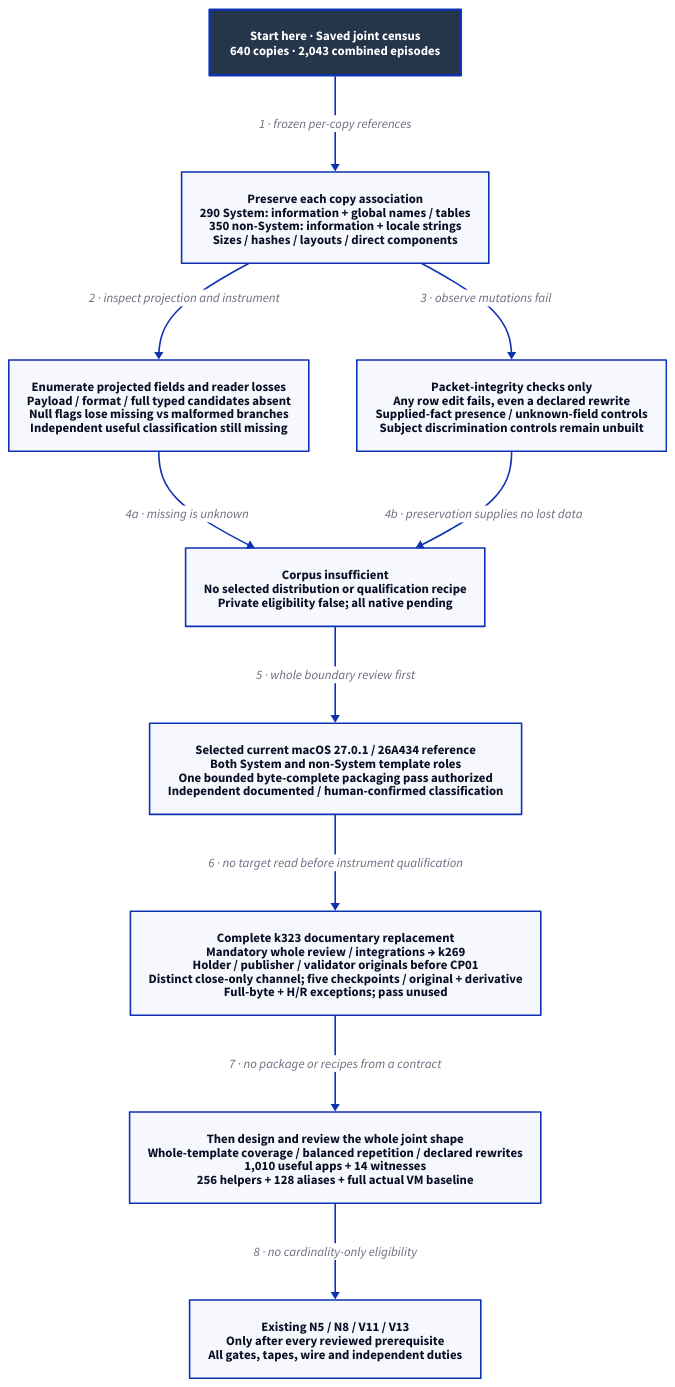
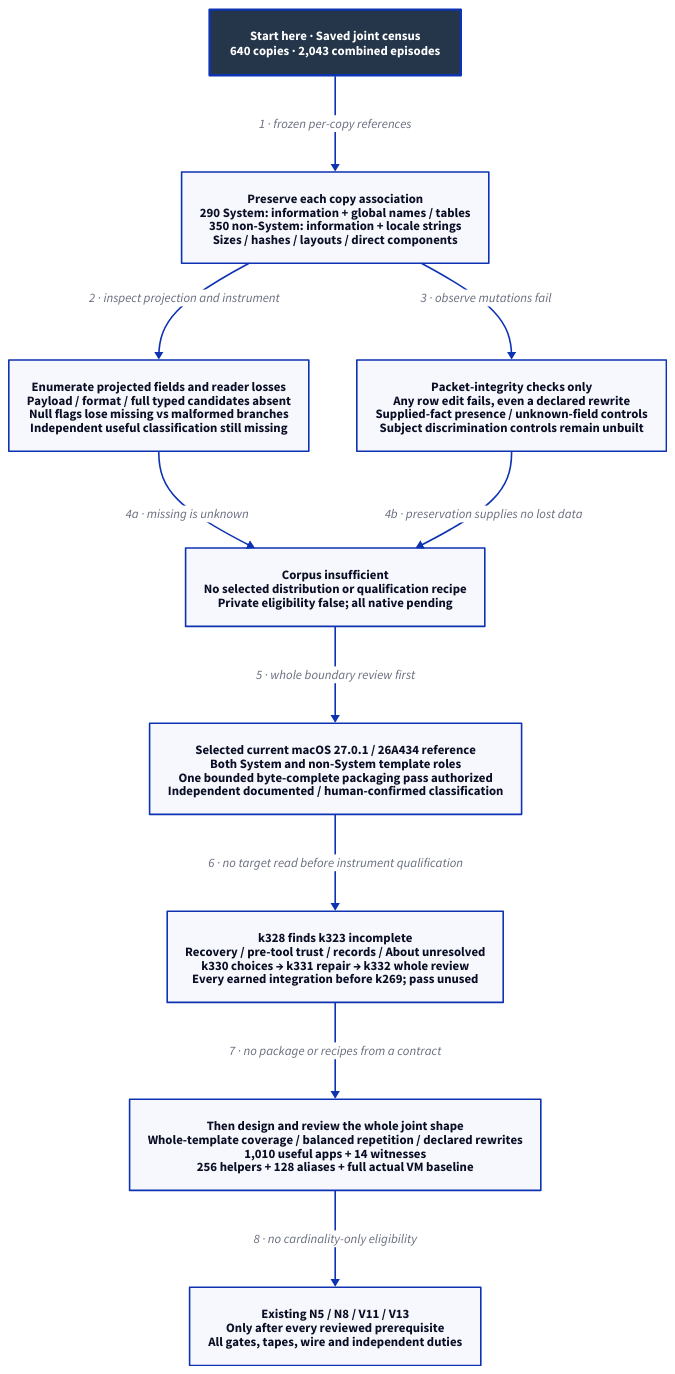
The diagram in docs/design/architecture/native-population-metadata-shape.d2 (Linkuistics/Koine), drawn with D2 before and after one commit. The commit also changed 50 other files, not shown here.

Commit message:
Integrate practical admission review; place recovery decisions and whole replacement before construction (reference-evidence-practical-admission-k329)

```diff
--- a/docs/design/architecture/native-population-metadata-shape.d2
+++ b/docs/design/architecture/native-population-metadata-shape.d2
@@ -1,23 +1,23 @@
-# Historical boundary and selected current-reference requirements; no useful subject or native pass.
+# Reviewed k323 proposal; k330/k331/k332 replacement and integrations precede k269.
 direction: down
 classes: {
   start: {style: {fill: "#25364B"; font-color: "#FFFFFF"; bold: true; stroke-width: 3}}
 }
 Start: "Start here · Saved joint census\n640 copies · 2,043 combined episodes" {class: start}
 Known: "Preserve each copy association\n290 System: information + global names / tables\n350 non-System: information + locale strings\nSizes / hashes / layouts / direct components"
 Missing: "Enumerate projected fields and reader losses\nPayload / format / full typed candidates absent\nNull flags lose missing vs malformed branches\nIndependent useful classification still missing"
 Control: "Packet-integrity checks only\nAny row edit fails, even a declared rewrite\nSupplied-fact presence / unknown-field controls\nSubject discrimination controls remain unbuilt"
 Boundary: "Corpus insufficient\nNo selected distribution or qualification recipe\nPrivate eligibility false; all native pending"
 Decision: "Selected current macOS 27.0.1 / 26A434 reference\nBoth System and non-System template roles\nOne bounded byte-complete packaging pass authorized\nIndependent documented / human-confirmed classification"
-Contract: "Complete k323 documentary replacement\nMandatory whole review / integrations → k269\nHolder / publisher / validator originals before CP01\nDistinct close-only channel; five checkpoints / original + derivative\nFull-byte + H/R exceptions; pass unused"
+Contract: "k328 finds k323 incomplete\nRecovery / pre-tool trust / records / About unresolved\nk330 choices → k331 repair → k332 whole review\nEvery earned integration before k269; pass unused"
 Design: "Then design and review the whole joint shape\nWhole-template coverage / balanced repetition / declared rewrites\n1,010 useful apps + 14 witnesses\n256 helpers + 128 aliases + full actual VM baseline"
 Native: "Existing N5 / N8 / V11 / V13\nOnly after every reviewed prerequisite\nAll gates, tapes, wire and independent duties"
 Start -> Known: "1 · frozen per-copy references"
 Known -> Missing: "2 · inspect projection and instrument"
 Known -> Control: "3 · observe mutations fail"
 Missing -> Boundary: "4a · missing is unknown"
 Control -> Boundary: "4b · preservation supplies no lost data"
 Boundary -> Decision: "5 · whole boundary review first"
 Decision -> Contract: "6 · no target read before instrument qualification"
 Contract -> Design: "7 · no package or recipes from a contract"
 Design -> Native: "8 · no cardinality-only eligibility"
```
